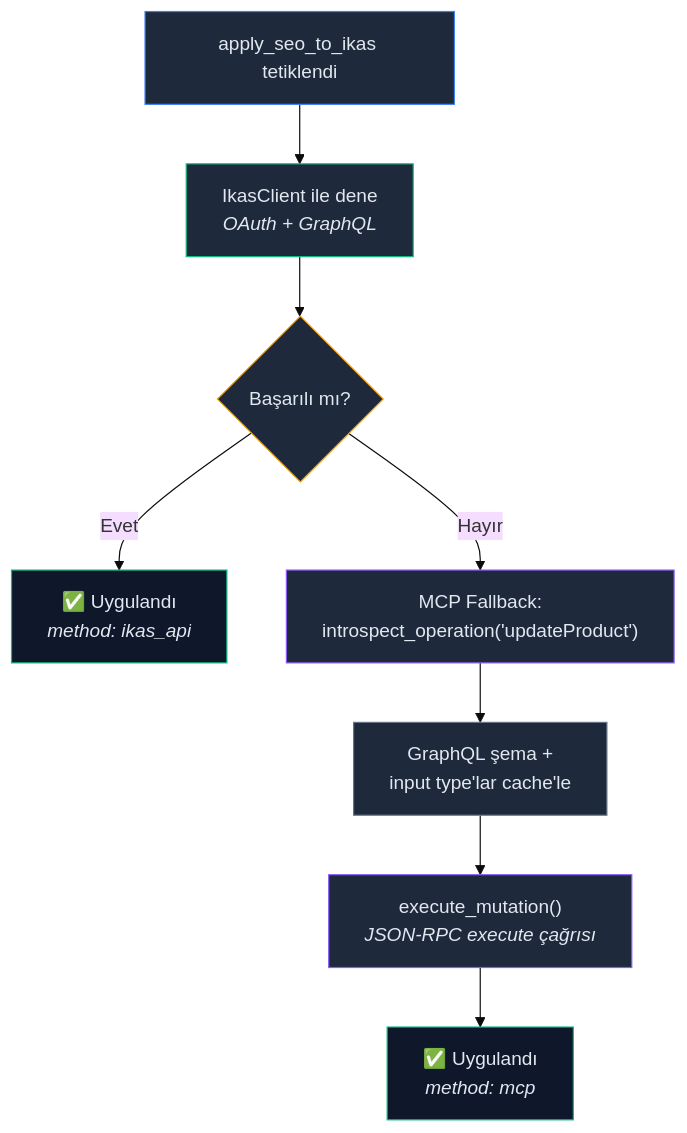
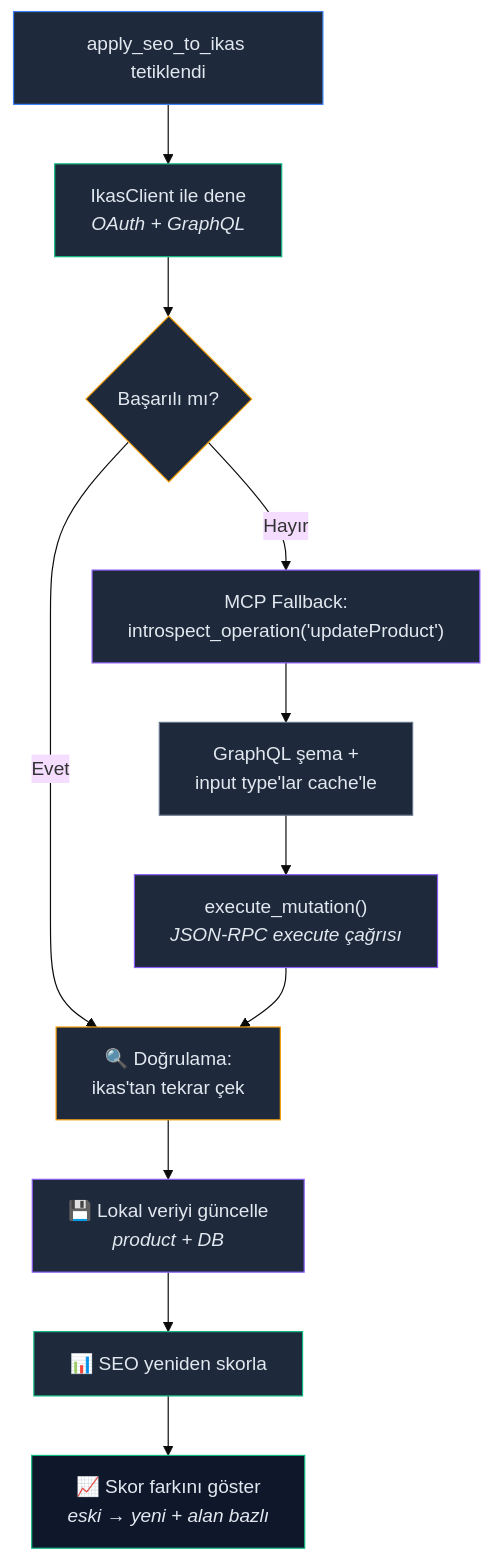
One commit to YigitKa/ikas-ai-seo-agent changed diagram 12 of 15 in README.md. Above: the diagram before and after it, drawn with Mermaid (base theme). The commit also changed other lines of this file and 1 other file, not shown here.

Commit message:
feat: Add post-apply verification for SEO changes, including re-fetching and score comparison

````diff
--- a/README.md
+++ b/README.md
@@ -434,21 +454,26 @@
 ```mermaid
 graph TD
     TRIGGER["apply_seo_to_ikas tetiklendi"] --> TRY["IkasClient ile dene<br/><i>OAuth + GraphQL</i>"]
     TRY --> CHECK{Başarılı mı?}
 
-    CHECK -->|Evet| SUCCESS["✅ Uygulandı<br/><i>method: ikas_api</i>"]
-
+    CHECK -->|Evet| VERIFY
     CHECK -->|Hayır| INTROSPECT["MCP Fallback:<br/>introspect_operation('updateProduct')"]
     INTROSPECT --> CACHE["GraphQL şema +<br/>input type'lar cache'le"]
     CACHE --> MUTATION["execute_mutation()<br/><i>JSON-RPC execute çağrısı</i>"]
-    MUTATION --> SUCCESS2["✅ Uygulandı<br/><i>method: mcp</i>"]
+    MUTATION --> VERIFY
+
+    VERIFY["🔍 Doğrulama:<br/>ikas'tan tekrar çek"] --> UPDATE["💾 Lokal veriyi güncelle<br/><i>product + DB</i>"]
+    UPDATE --> RESCORE["📊 SEO yeniden skorla"]
+    RESCORE --> DELTA["📈 Skor farkını göster<br/><i>eski → yeni + alan bazlı</i>"]
 
     style TRIGGER fill:#1e293b,stroke:#3b82f6,color:#e2e8f0
     style TRY fill:#1e293b,stroke:#10b981,color:#e2e8f0
     style CHECK fill:#1e293b,stroke:#f59e0b,color:#e2e8f0
-    style SUCCESS fill:#0f172a,stroke:#10b981,color:#e2e8f0
     style INTROSPECT fill:#1e293b,stroke:#8b5cf6,color:#e2e8f0
     style CACHE fill:#1e293b,stroke:#64748b,color:#e2e8f0
     style MUTATION fill:#1e293b,stroke:#8b5cf6,color:#e2e8f0
-    style SUCCESS2 fill:#0f172a,stroke:#10b981,color:#e2e8f0
+    style VERIFY fill:#1e293b,stroke:#f59e0b,color:#e2e8f0
+    style UPDATE fill:#1e293b,stroke:#8b5cf6,color:#e2e8f0
+    style RESCORE fill:#1e293b,stroke:#10b981,color:#e2e8f0
+    style DELTA fill:#0f172a,stroke:#10b981,color:#e2e8f0
 ```
````
